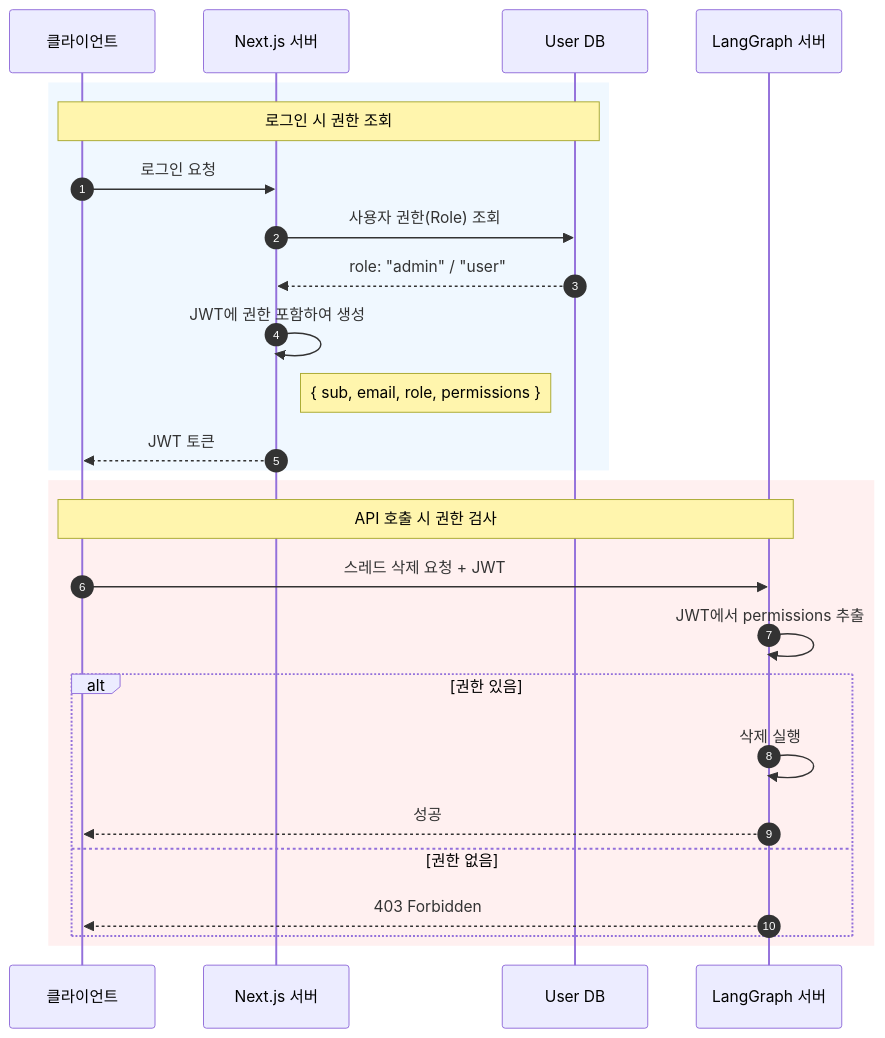
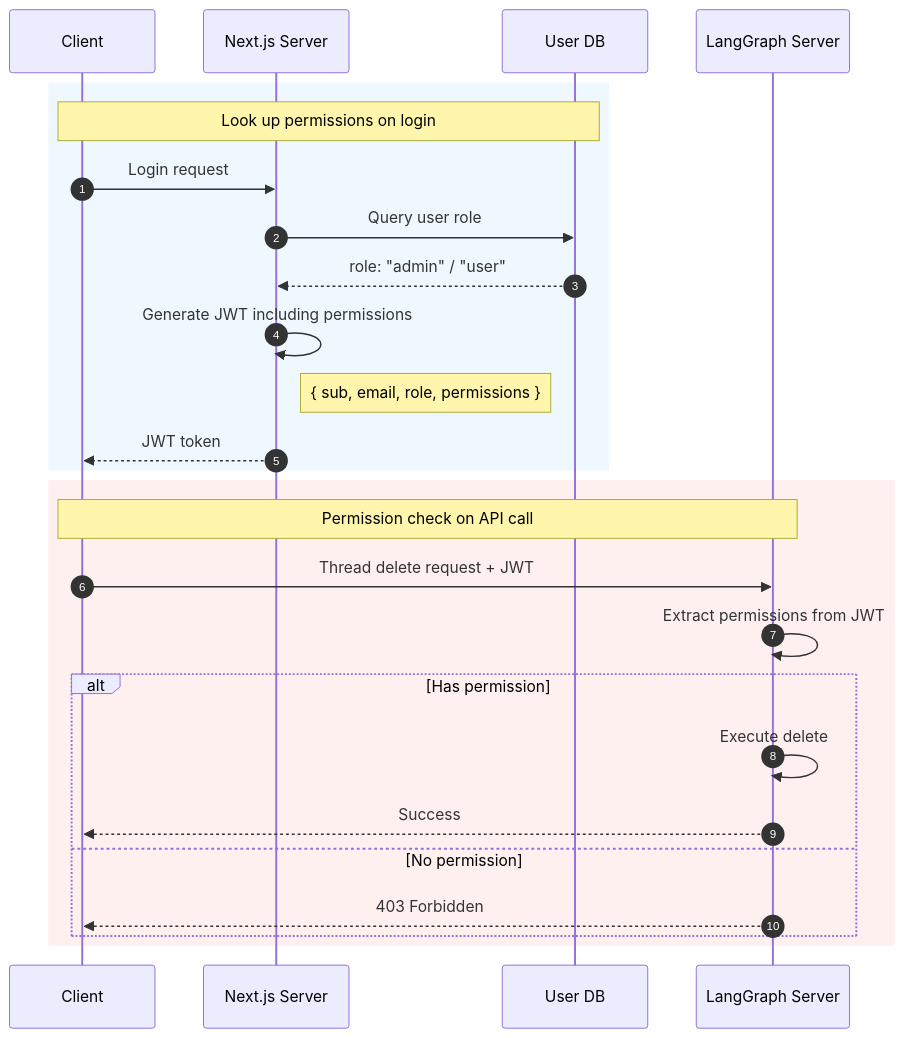
The third of 4 diagrams in docs/01-NEXTAUTH-OAUTH.md (braincrew-lab/langgraph-chat-ui), drawn with Mermaid before and after one commit. The commit also changed other lines of this file and 24 other files, not shown here.

````diff
--- a/docs/01-NEXTAUTH-OAUTH.md
+++ b/docs/01-NEXTAUTH-OAUTH.md
@@ -367,30 +367,30 @@
 ```mermaid
 sequenceDiagram
     autonumber
-    participant Client as 클라이언트
-    participant NextJS as Next.js 서버
+    participant Client as Client
+    participant NextJS as Next.js Server
     participant DB as User DB
-    participant LangGraph as LangGraph 서버
+    participant LangGraph as LangGraph Server
 
     rect rgb(240, 248, 255)
-        Note over Client,DB: 로그인 시 권한 조회
-        Client->>NextJS: 로그인 요청
-        NextJS->>DB: 사용자 권한(Role) 조회
+        Note over Client,DB: Look up permissions on login
+        Client->>NextJS: Login request
+        NextJS->>DB: Query user role
         DB-->>NextJS: role: "admin" / "user"
-        NextJS->>NextJS: JWT에 권한 포함하여 생성
+        NextJS->>NextJS: Generate JWT including permissions
         Note right of NextJS: { sub, email, role, permissions }
-        NextJS-->>Client: JWT 토큰
+        NextJS-->>Client: JWT token
     end
 
     rect rgb(255, 240, 240)
-        Note over Client,LangGraph: API 호출 시 권한 검사
-        Client->>LangGraph: 스레드 삭제 요청 + JWT
-        LangGraph->>LangGraph: JWT에서 permissions 추출
-        alt 권한 있음
-            LangGraph->>LangGraph: 삭제 실행
-            LangGraph-->>Client: 성공
-        else 권한 없음
+        Note over Client,LangGraph: Permission check on API call
+        Client->>LangGraph: Thread delete request + JWT
+        LangGraph->>LangGraph: Extract permissions from JWT
+        alt Has permission
+            LangGraph->>LangGraph: Execute delete
+            LangGraph-->>Client: Success
+        else No permission
             LangGraph-->>Client: 403 Forbidden
         end
     end
 ```
````
